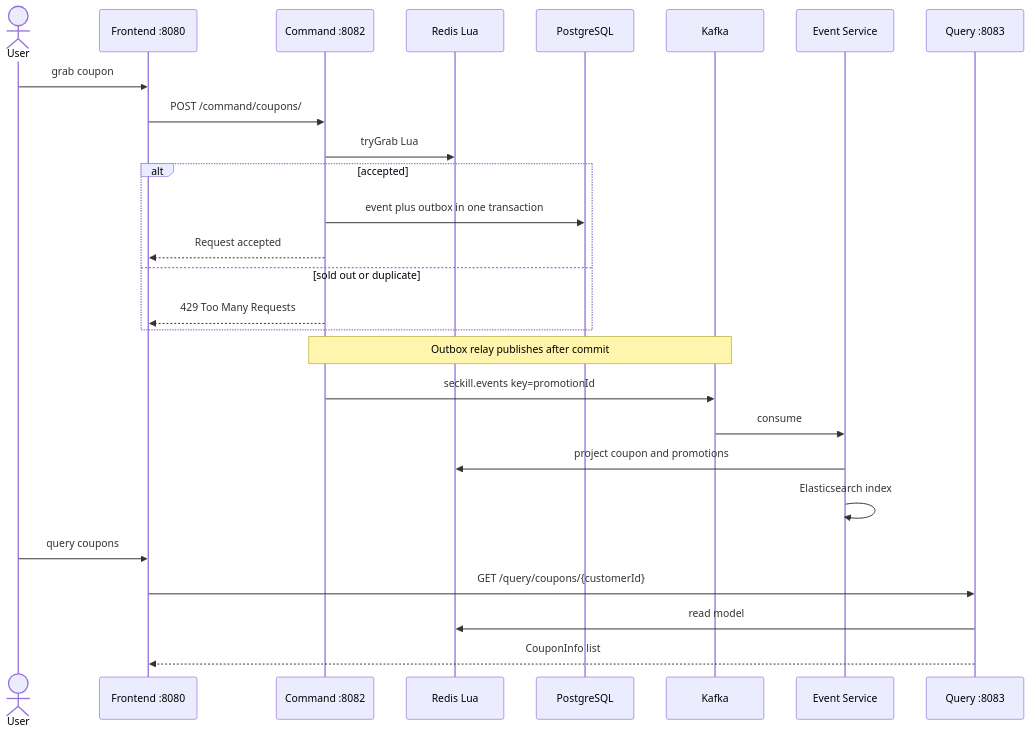
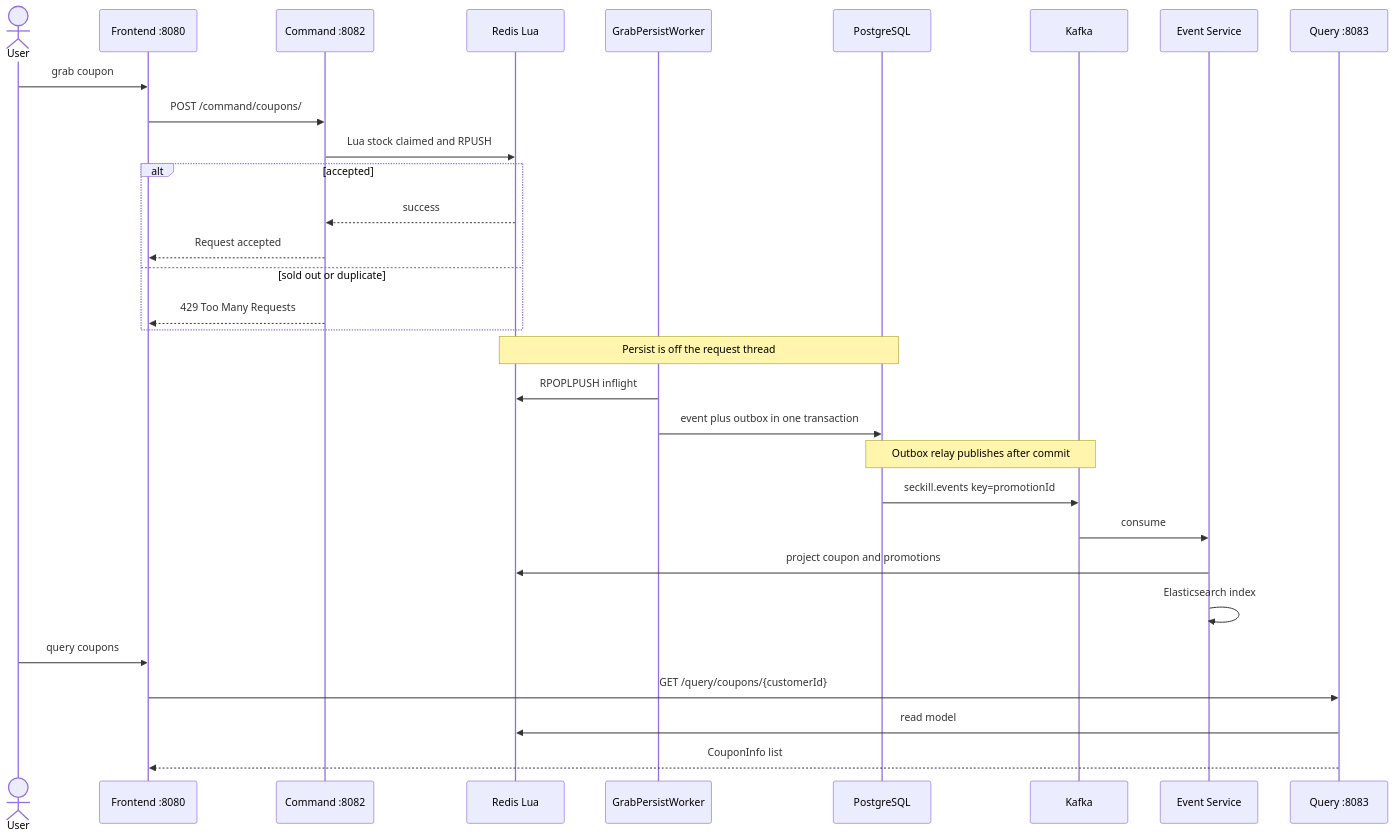
Before and after one commit to fanqingsong/seckill: the third of 3 diagrams in README.md, drawn with Mermaid. The commit also changed other lines of this file and 10 other files, not shown here.

First line of the commit message:
Move coupon persist off the grab hot path onto an async Redis queue worker.

````diff
--- a/README.md
+++ b/README.md
@@ -101,32 +103,36 @@
 ```mermaid
 sequenceDiagram
   actor User
   participant FE as Frontend :8080
   participant Cmd as Command :8082
   participant Redis as Redis Lua
+  participant Worker as GrabPersistWorker
   participant PG as PostgreSQL
   participant Kafka as Kafka
   participant Event as Event Service
   participant Query as Query :8083
 
   User->>FE: grab coupon
   FE->>Cmd: POST /command/coupons/
-  Cmd->>Redis: tryGrab Lua
+  Cmd->>Redis: Lua stock claimed and RPUSH
   alt accepted
-    Cmd->>PG: event plus outbox in one transaction
+    Redis-->>Cmd: success
     Cmd-->>FE: Request accepted
   else sold out or duplicate
     Cmd-->>FE: 429 Too Many Requests
   end
 
-  Note over Cmd,Kafka: Outbox relay publishes after commit
-  Cmd->>Kafka: seckill.events key=promotionId
+  Note over Redis,PG: Persist is off the request thread
+  Worker->>Redis: RPOPLPUSH inflight
+  Worker->>PG: event plus outbox in one transaction
+  Note over PG,Kafka: Outbox relay publishes after commit
+  PG->>Kafka: seckill.events key=promotionId
   Kafka->>Event: consume
   Event->>Redis: project coupon and promotions
   Event->>Event: Elasticsearch index
 
   User->>FE: query coupons
   FE->>Query: GET /query/coupons/{customerId}
   Query->>Redis: read model
   Query-->>FE: CouponInfo list
 ```
````
